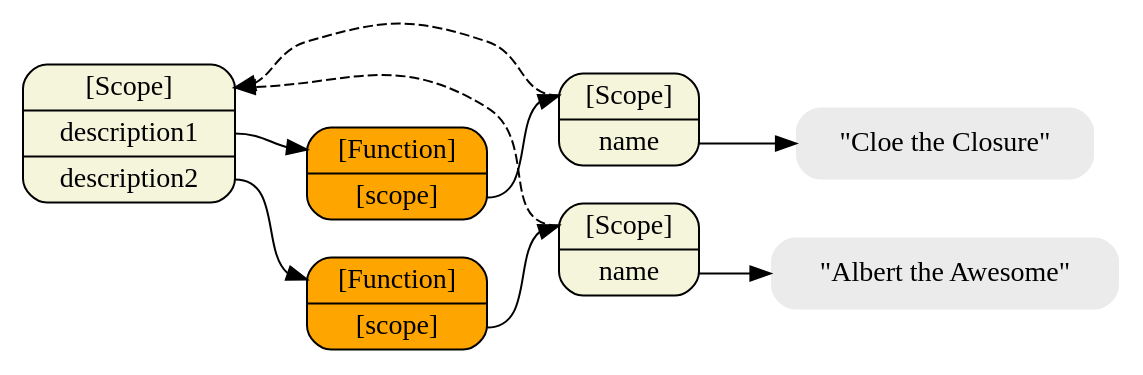
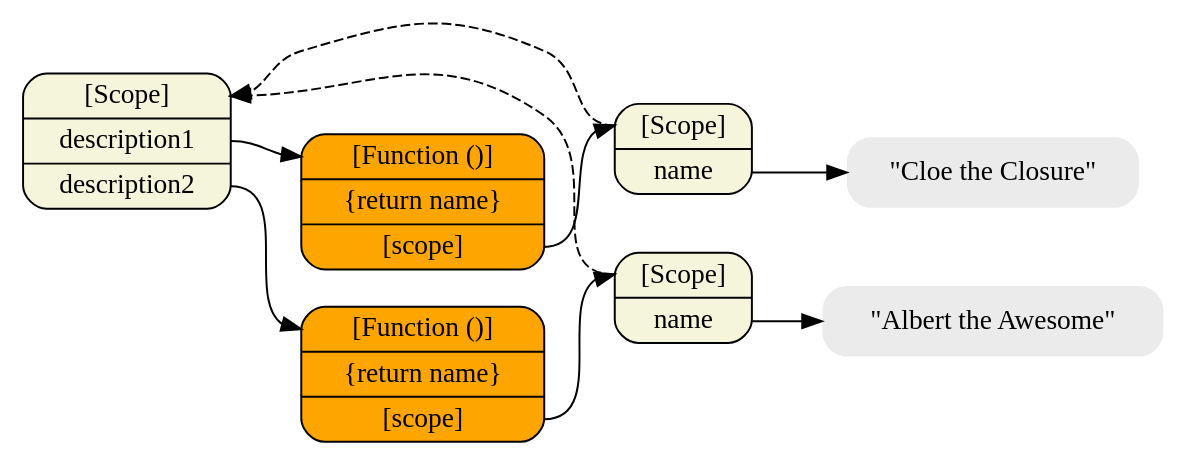
The diagram in articles/object-graphs/closure.dot (creationix/howtonode.org), drawn with Graphviz before and after one commit. The commit also changed 1 other file, not shown here.

```diff
--- a/articles/object-graphs/closure.dot
+++ b/articles/object-graphs/closure.dot
@@ -1,39 +1,39 @@
 digraph finite_state_machine {
 	size="8,5"
 	rankdir = "LR"
 
   /* Execution Contexts */
   node [shape=Mrecord, fillcolor=beige, style=filled];
   top [label="<__proto__>[Scope]|<description1>description1|<description2>description2"];
   closure1 [label="<__proto__>[Scope]|<name>name"];
   closure2 [label="<__proto__>[Scope]|<name>name"];
 
   /* Normal Objects */
   node [shape = Mrecord, fillcolor=lightskyblue, style=filled];
 
   /* Function Objects */
   node [shape = Mrecord, fillcolor=orange, style=filled];
-  fn1 [label="<__proto__>[Function]|<__scope__>[scope]"];
-  fn2 [label="<__proto__>[Function]|<__scope__>[scope]"];
+  fn1 [label="<__proto__>[Function ()]|\{return name\}|<__scope__>[scope]"];
+  fn2 [label="<__proto__>[Function ()]|\{return name\}|<__scope__>[scope]"];
 
   /* Literals */
   node [shape = plaintext, fillcolor=gray92, style="filled,rounded"];
   cloe [label="\"Cloe the Closure\""]
   albert [label="\"Albert the Awesome\""]
 
   /* References */
   top:description1 -> fn1:__proto__;
   top:description2 -> fn2:__proto__;
   closure1:name -> cloe;
   closure2:name -> albert;
   fn1:__scope__ -> closure1:__proto__;
   fn2:__scope__ -> closure2:__proto__;
 
   /* Inheritance Chains */
   edge [style=dashed]
   closure1:__proto__ -> top:__proto__;
   closure2:__proto__ -> top:__proto__;
 
 
 
 }
```
